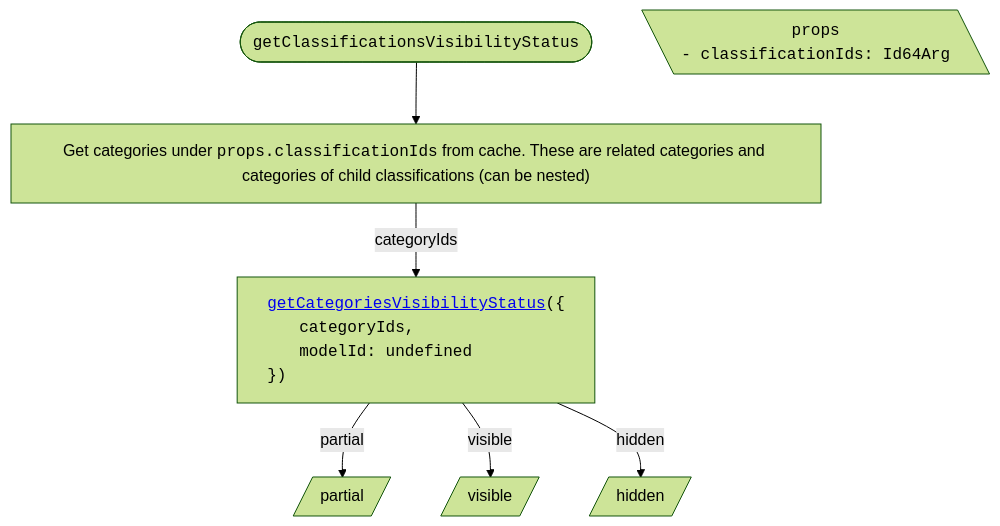
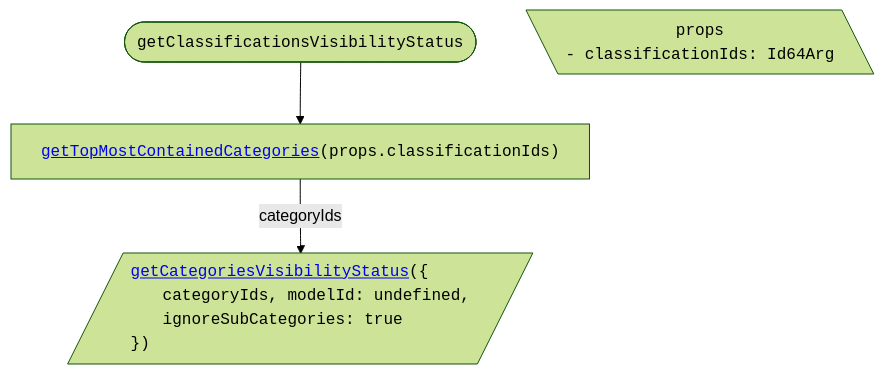
Before and after one commit to iTwin/viewer-components-react: the third of 5 diagrams in packages/itwin/tree-widget/docs/ClassificationsTreeVisibilityHandling.md, drawn with Mermaid (forest theme). The commit also changed other lines of this file and 4 other files, not shown here.

Commit message:
[Tree widget]: update mermaid diagrams on `next`

````diff
--- a/packages/itwin/tree-widget/docs/ClassificationsTreeVisibilityHandling.md
+++ b/packages/itwin/tree-widget/docs/ClassificationsTreeVisibilityHandling.md
@@ -62,31 +82,22 @@
 ```mermaid
 ---
 config:
   flowchart:
     wrappingWidth: 750
     useMaxWidth: false
 ---
 
 flowchart TD
-  RESULT_Partial[/partial/]
-  RESULT_Visible[/visible/]
-  RESULT_Hidden[/hidden/]
-
   %% Start
-  TITLE(["<span style='font-family: monospace;'>getClassificationsVisibilityStatus</span>"]) --> A["Get categories under <span style='font-family: monospace;'>props.classificationIds</span> from cache. These are related categories and categories of child classifications (can be nested)"]
+  TITLE(["<span style='font-family: monospace;'>getClassificationsVisibilityStatus</span>"]) --> A["<span style='font-family: monospace;'><a href='#resolving-contained-categories'>getTopMostContainedCategories</a>(props.classificationIds)</span>"]
 
   PROPS[\"
     <span style='font-family: monospace;'>props</span>
     <span style='display: block; text-align: left; font-family: monospace;'>- classificationIds: Id64Arg</span>
   "\]
 
-  A -- categoryIds --> B["<div style='text-align: left; font-family: monospace;'><a href='./SharedVisibilityHandling.md#getcategoriesvisibilitystatus'>getCategoriesVisibilityStatus</a>({
-    <span style='padding-left: 2rem;'>categoryIds,</span>
-    <span style='padding-left: 2rem;'>modelId: undefined</span>
-    })</div>"]
-
-  %% Results
-  B -- partial --> RESULT_Partial
-  B -- visible --> RESULT_Visible
-  B -- hidden --> RESULT_Hidden
+  A -- categoryIds --> B[/"<div style='text-align: left; font-family: monospace;'><a href='./SharedVisibilityHandling.md#getcategoriesvisibilitystatus'>getCategoriesVisibilityStatus</a>({
+    <span style='padding-left: 2rem;'>categoryIds, modelId: undefined,</span>
+    <span style='padding-left: 2rem;'>ignoreSubCategories: true</span>
+    })</div>"/]
 ```
````
